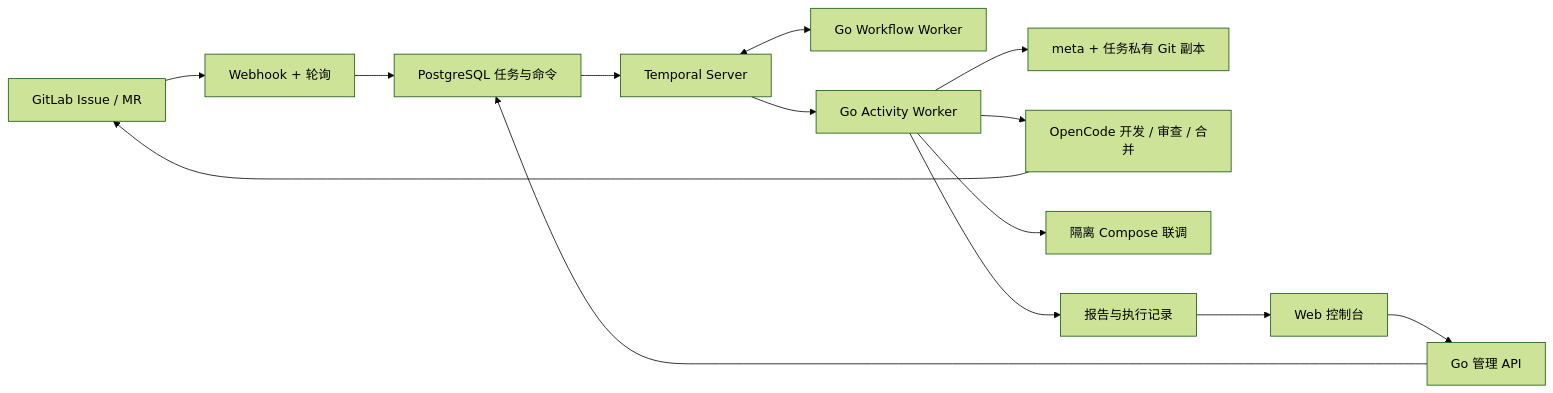
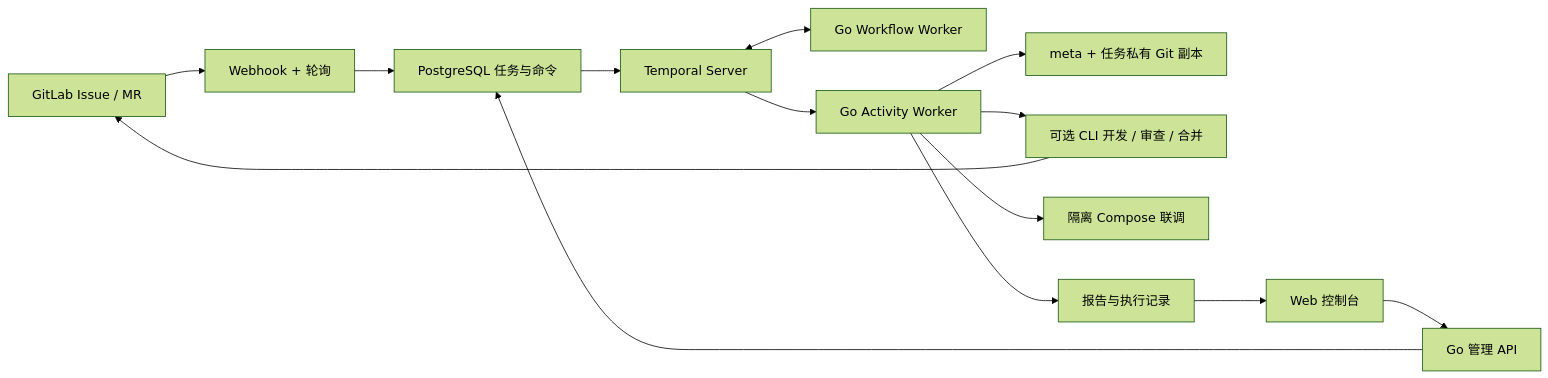
One commit to yyydddkkk/SwarmJet changed the diagram in README.md. Above: the diagram before and after it, drawn with Mermaid (forest theme). The commit also changed other lines of this file and 140 other files, not shown here.

````diff
--- a/README.md
+++ b/README.md
@@ -7,16 +7,16 @@
 ```mermaid
 flowchart LR
   GitLab[GitLab Issue / MR] --> Ingress[Webhook + 轮询]
   Console[Web 控制台] --> API[Go 管理 API]
   Ingress --> Outbox[PostgreSQL 任务与命令]
   API --> Outbox
   Outbox --> Temporal[Temporal Server]
   Temporal <--> Workflow[Go Workflow Worker]
   Temporal --> Activity[Go Activity Worker]
   Activity --> Workspace[meta + 任务私有 Git 副本]
-  Activity --> Agents[OpenCode 开发 / 审查 / 合并]
+  Activity --> Agents[可选 CLI 开发 / 审查 / 合并]
   Activity --> Tests[隔离 Compose 联调]
   Agents --> GitLab
   Activity --> Reports[报告与执行记录]
   Reports --> Console
 ```
````
